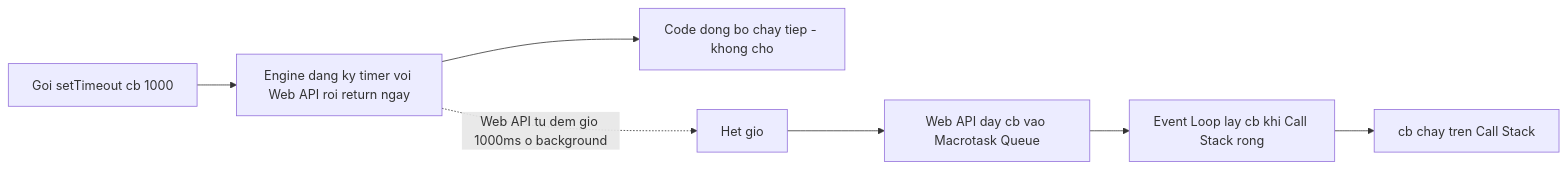
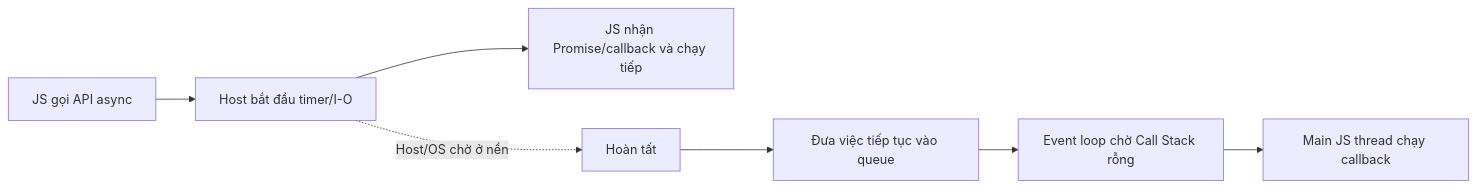
The second of 2 diagrams in content/docs/async/event-loop.md (vanhiep99w/js-learn), drawn with Mermaid before and after one commit. The commit also changed other lines of this file, not shown here.

Commit message:
docs: clarify event loop threading and queues

````diff
--- a/content/docs/async/event-loop.md
+++ b/content/docs/async/event-loop.md
@@ -125,9 +212,9 @@
 ```mermaid
 flowchart LR
-    A[Goi setTimeout cb 1000] --> B[Engine dang ky timer voi Web API roi return ngay]
-    B --> C[Code dong bo chay tiep - khong cho]
-    B -. Web API tu dem gio 1000ms o background .-> D[Het gio]
-    D --> E[Web API day cb vao Macrotask Queue]
-    E --> F[Event Loop lay cb khi Call Stack rong]
-    F --> G[cb chay tren Call Stack]
+    A[JS gọi API async] --> B[Host bắt đầu timer/I-O]
+    B --> C[JS nhận Promise/callback và chạy tiếp]
+    B -. Host/OS chờ ở nền .-> D[Hoàn tất]
+    D --> E[Đưa việc tiếp tục vào queue]
+    E --> F[Event loop chờ Call Stack rỗng]
+    F --> G[Main JS thread chạy callback]
 ```
````
